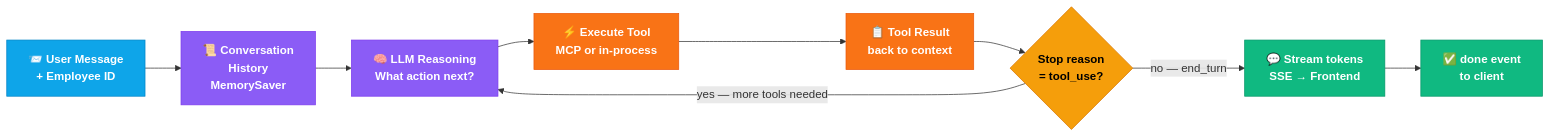
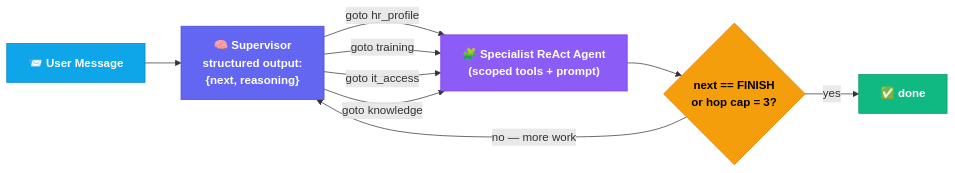
One commit to alyab16/Employee-Onboarding-Agent changed the second of 7 diagrams in README.md. Above: the diagram before and after it, drawn with Mermaid. The commit also changed other lines of this file and 18 other files, not shown here.

````diff
--- a/README.md
+++ b/README.md
@@ -91,26 +107,23 @@
 ```mermaid
 flowchart LR
     classDef input fill:#0EA5E9,stroke:#0284C7,color:#fff,font-weight:bold
-    classDef think fill:#8B5CF6,stroke:#7C3AED,color:#fff,font-weight:bold
-    classDef tool fill:#F97316,stroke:#EA580C,color:#fff,font-weight:bold
+    classDef sup fill:#6366F1,stroke:#4F46E5,color:#fff,font-weight:bold
+    classDef agent fill:#8B5CF6,stroke:#7C3AED,color:#fff,font-weight:bold
+    classDef stream fill:#10B981,stroke:#059669,color:#fff,font-weight:bold
     classDef check fill:#F59E0B,stroke:#D97706,color:#000,font-weight:bold
-    classDef stream fill:#10B981,stroke:#059669,color:#fff,font-weight:bold
 
-    MSG["📨 User Message\n+ Employee ID"]:::input
-    HIST["📜 Conversation\nHistory\nMemorySaver"]:::think
-    LLM["🧠 LLM Reasoning\nWhat action next?"]:::think
-    TOOL["⚡ Execute Tool\nMCP or in-process"]:::tool
-    RES["📋 Tool Result\nback to context"]:::tool
-    MORE{"Stop reason\n= tool_use?"}:::check
-    STREAM["💬 Stream tokens\nSSE → Frontend"]:::stream
-    DONE["✅ done event\nto client"]:::stream
+    MSG["📨 User Message"]:::input
+    SUP["🧠 Supervisor\nstructured output:\n{next, reasoning}"]:::sup
+    SPEC["🧩 Specialist ReAct Agent\n(scoped tools + prompt)"]:::agent
+    DONE{"next == FINISH\nor hop cap = 3?"}:::check
+    OUT["✅ done"]:::stream
 
-    MSG --> HIST
-    HIST --> LLM
-    LLM --> TOOL
-    TOOL --> RES
-    RES --> MORE
-    MORE -->|"yes — more tools needed"| LLM
-    MORE -->|"no — end_turn"| STREAM
-    STREAM --> DONE
+    MSG --> SUP
+    SUP -->|"goto hr_profile"| SPEC
+    SUP -->|"goto training"| SPEC
+    SUP -->|"goto it_access"| SPEC
+    SUP -->|"goto knowledge"| SPEC
+    SPEC --> DONE
+    DONE -->|"no — more work"| SUP
+    DONE -->|"yes"| OUT
 ```
````
